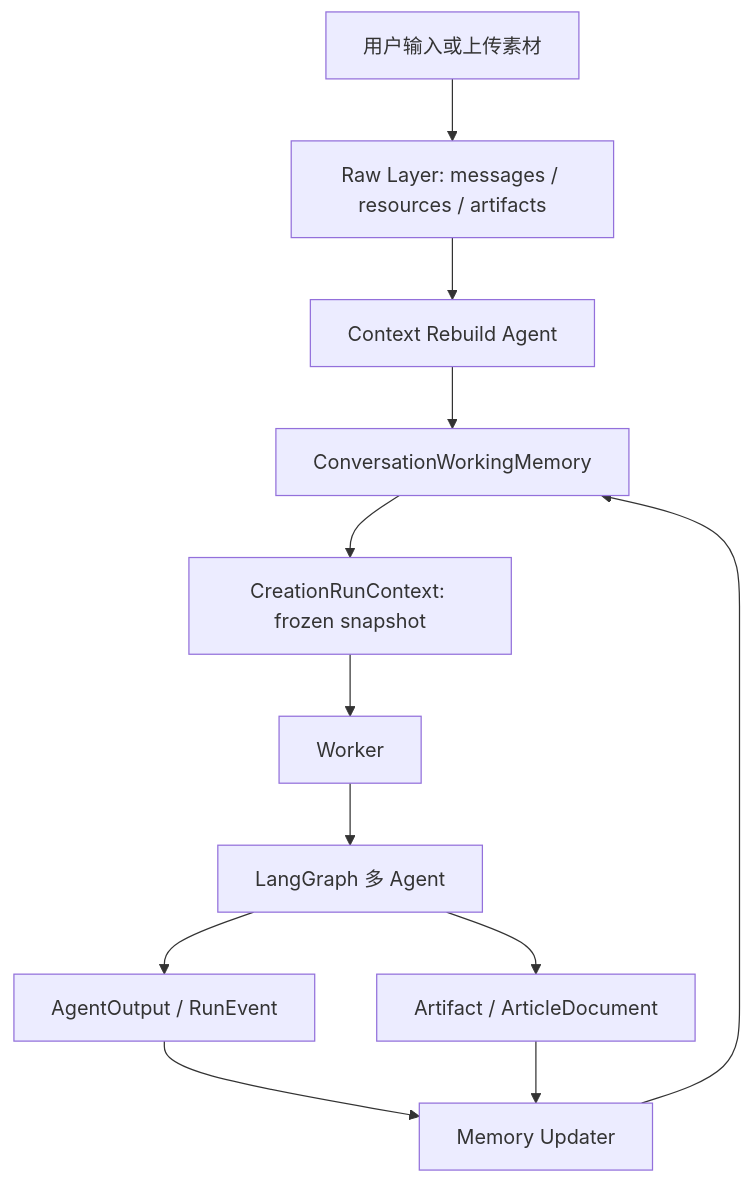
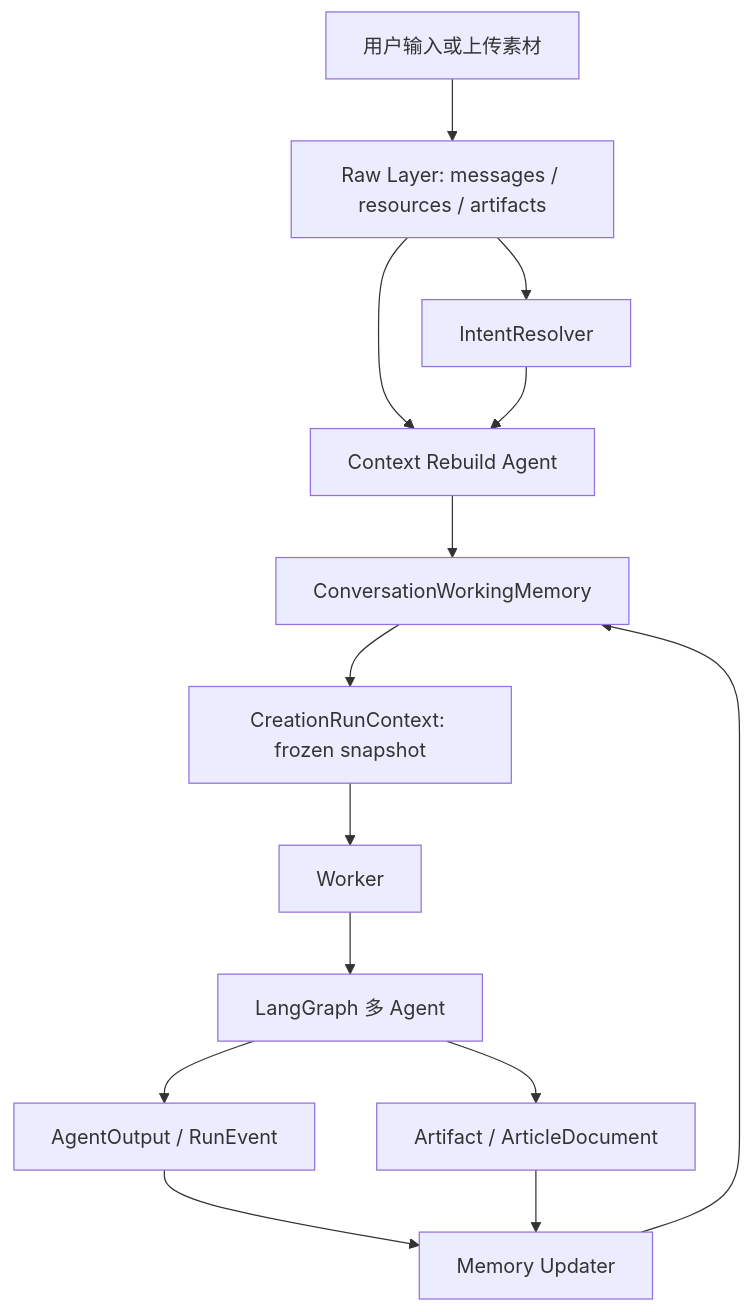
The first of 2 diagrams in docs/specs/013-conversation-session-memory.md (JourneyJu/media-forge), drawn with Mermaid before and after one commit. The commit also changed other lines of this file and 14 other files, not shown here.

````diff
--- a/docs/specs/013-conversation-session-memory.md
+++ b/docs/specs/013-conversation-session-memory.md
@@ -61,14 +65,16 @@
 ```mermaid
 flowchart TD
   User["用户输入或上传素材"] --> Raw["Raw Layer: messages / resources / artifacts"]
+  Raw --> Intent["IntentResolver"]
   Raw --> Rebuild["Context Rebuild Agent"]
+  Intent --> Rebuild
   Rebuild --> Memory["ConversationWorkingMemory"]
   Memory --> RunContext["CreationRunContext: frozen snapshot"]
   RunContext --> Worker["Worker"]
   Worker --> Graph["LangGraph 多 Agent"]
   Graph --> Outputs["AgentOutput / RunEvent"]
   Graph --> Artifact["Artifact / ArticleDocument"]
   Outputs --> UpdateMemory["Memory Updater"]
   Artifact --> UpdateMemory
   UpdateMemory --> Memory
 ```
````
